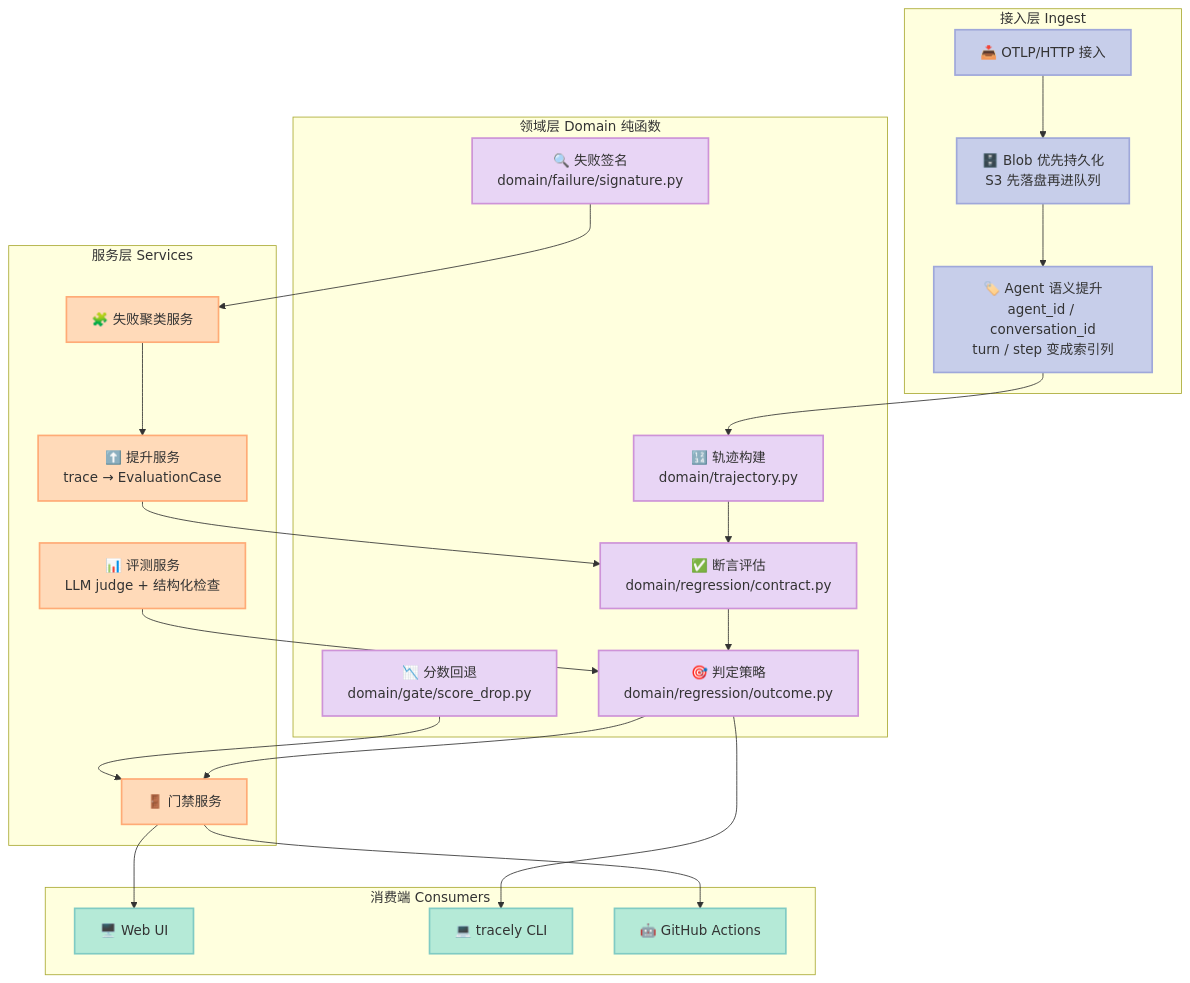
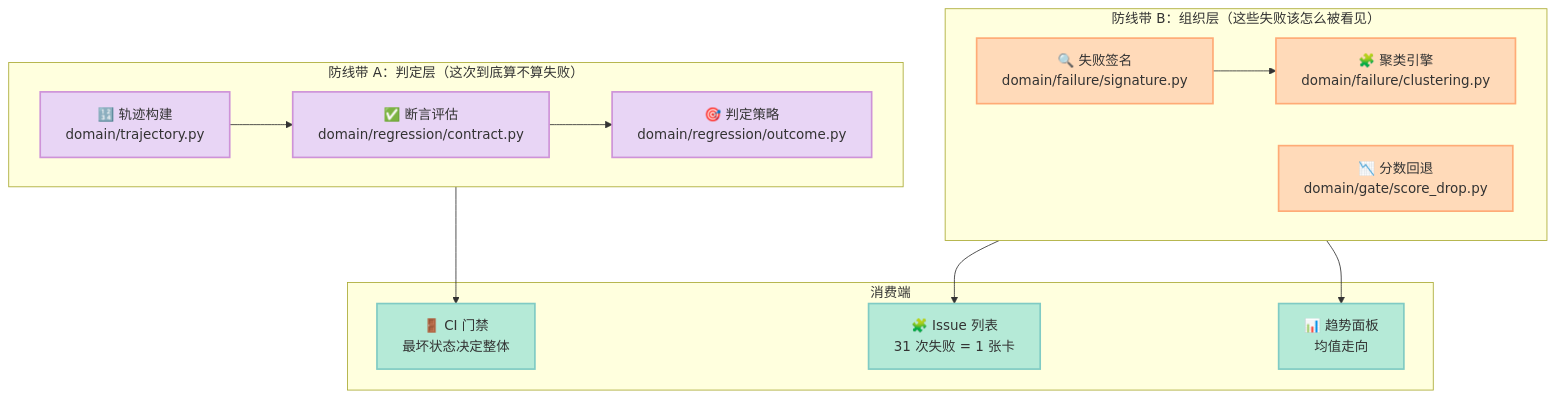
Before and after one commit to xuqi2024/xuqi2024.github.io: the second of 3 diagrams in source/_posts/2026-11-09-tracely-trace-native-regression-ci-gate-deep-dive.md, drawn with Mermaid. The commit also changed other lines of this file, not shown here.

Commit message:
Rewrite Tracely article: refocus on failure-organization layer (silent failures, clustering, score-drop) to avoid overlap with the 2026-10-21 first installment

````diff
--- a/source/_posts/2026-11-09-tracely-trace-native-regression-ci-gate-deep-dive.md
+++ b/source/_posts/2026-11-09-tracely-trace-native-regression-ci-gate-deep-dive.md
@@ -141,56 +161,38 @@
 ```mermaid
 graph TB
-    subgraph "接入层 Ingest"
-        I1["📥 OTLP/HTTP 接入"]
-        I2["🗄️ Blob 优先持久化<br/>S3 先落盘再进队列"]
-        I3["🏷️ Agent 语义提升<br/>agent_id / conversation_id<br/>turn / step 变成索引列"]
+    subgraph "防线带 A：判定层（这次到底算不算失败）"
+        direction LR
+        A1["🔢 轨迹构建<br/>domain/trajectory.py"]
+        A2["✅ 断言评估<br/>domain/regression/contract.py"]
+        A3["🎯 判定策略<br/>domain/regression/outcome.py"]
+        A1 --> A2 --> A3
     end
 
-    subgraph "领域层 Domain 纯函数"
-        D1["🔢 轨迹构建<br/>domain/trajectory.py"]
-        D2["✅ 断言评估<br/>domain/regression/contract.py"]
-        D3["🎯 判定策略<br/>domain/regression/outcome.py"]
-        D4["🔍 失败签名<br/>domain/failure/signature.py"]
-        D5["📉 分数回退<br/>domain/gate/score_drop.py"]
+    subgraph "防线带 B：组织层（这些失败该怎么被看见）"
+        direction LR
+        B1["🔍 失败签名<br/>domain/failure/signature.py"]
+        B2["🧩 聚类引擎<br/>domain/failure/clustering.py"]
+        B3["📉 分数回退<br/>domain/gate/score_drop.py"]
+        B1 --> B2
     end
 
-    subgraph "服务层 Services"
-        S1["📊 评测服务<br/>LLM judge + 结构化检查"]
-        S2["🧩 失败聚类服务"]
-        S3["⬆️ 提升服务<br/>trace → EvaluationCase"]
-        S4["🚪 门禁服务"]
+    subgraph "消费端"
+        C1["🚪 CI 门禁<br/>最坏状态决定整体"]
+        C2["🧩 Issue 列表<br/>31 次失败 = 1 张卡"]
+        C3["📊 趋势面板<br/>均值走向"]
     end
 
-    subgraph "消费端 Consumers"
-        C1["🖥️ Web UI"]
-        C2["💻 tracely CLI"]
-        C3["🤖 GitHub Actions"]
-    end
+    A3 --> C1
+    B2 --> C2
+    B3 --> C3
 
-    I1 --> I2 --> I3 --> D1
-    D1 --> D2 --> D3
-    D4 --> S2
-    D5 --> S4
-    S1 --> D3
-    S2 --> S3 --> D2
-    D3 --> S4
-    S4 --> C1
-    D3 --> C2
-    S4 --> C3
-
-    style I1 fill:#C7CEEA,stroke:#9FA8DA,stroke-width:2px,color:#333
-    style I2 fill:#C7CEEA,stroke:#9FA8DA,stroke-width:2px,color:#333
-    style I3 fill:#C7CEEA,stroke:#9FA8DA,stroke-width:2px,color:#333
-    style D1 fill:#E8D5F5,stroke:#CE93D8,stroke-width:2px,color:#333
-    style D2 fill:#E8D5F5,stroke:#CE93D8,stroke-width:2px,color:#333
-    style D3 fill:#E8D5F5,stroke:#CE93D8,stroke-width:2px,color:#333
-    style D4 fill:#E8D5F5,stroke:#CE93D8,stroke-width:2px,color:#333
-    style D5 fill:#E8D5F5,stroke:#CE93D8,stroke-width:2px,color:#333
-    style S1 fill:#FFDAB9,stroke:#FFAB76,stroke-width:2px,color:#333
-    style S2 fill:#FFDAB9,stroke:#FFAB76,stroke-width:2px,color:#333
-    style S3 fill:#FFDAB9,stroke:#FFAB76,stroke-width:2px,color:#333
-    style S4 fill:#FFDAB9,stroke:#FFAB76,stroke-width:2px,color:#333
+    style A1 fill:#E8D5F5,stroke:#CE93D8,stroke-width:2px,color:#333
+    style A2 fill:#E8D5F5,stroke:#CE93D8,stroke-width:2px,color:#333
+    style A3 fill:#E8D5F5,stroke:#CE93D8,stroke-width:2px,color:#333
+    style B1 fill:#FFDAB9,stroke:#FFAB76,stroke-width:2px,color:#333
+    style B2 fill:#FFDAB9,stroke:#FFAB76,stroke-width:2px,color:#333
+    style B3 fill:#FFDAB9,stroke:#FFAB76,stroke-width:2px,color:#333
     style C1 fill:#B5EAD7,stroke:#80CBC4,stroke-width:2px,color:#333
     style C2 fill:#B5EAD7,stroke:#80CBC4,stroke-width:2px,color:#333
     style C3 fill:#B5EAD7,stroke:#80CBC4,stroke-width:2px,color:#333
 ```
````
